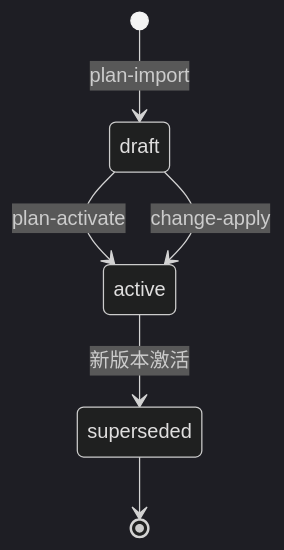
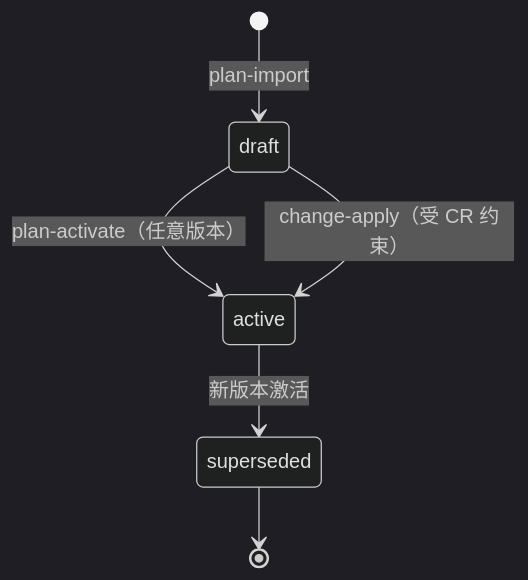
The ninth of 13 diagrams in architecture-review/03-lifecycle-and-state-machines.md (gagmandev/DevFlow), drawn with Mermaid (dark theme) before and after one commit. The commit also changed other lines of this file and 8 other files, not shown here.

````diff
--- a/architecture-review/03-lifecycle-and-state-machines.md
+++ b/architecture-review/03-lifecycle-and-state-machines.md
@@ -216,8 +298,8 @@
 ```mermaid
 stateDiagram-v2
   [*] --> draft: plan-import
-  draft --> active: plan-activate
-  draft --> active: change-apply
+  draft --> active: plan-activate（任意版本）
+  draft --> active: change-apply（受 CR 约束）
   active --> superseded: 新版本激活
   superseded --> [*]
 ```
````
